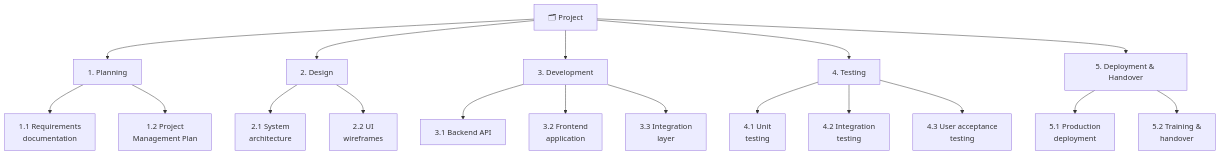
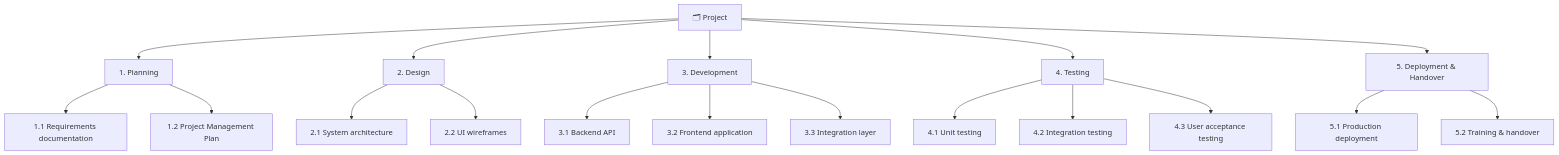
The second of 5 diagrams in modules/04-planning.md (UncleJS/course_projectManagement), drawn with Mermaid before and after one commit. The commit also changed other lines of this file and 16 other files, not shown here.

Commit message:
Fix Mermaid rendering: remove literal \n from all diagram labels; quote unquoted & in flowchart nodes

````diff
--- a/modules/04-planning.md
+++ b/modules/04-planning.md
@@ -111,27 +111,27 @@
 ```mermaid
 flowchart TD
     P["🗂 Project"]
     P1["1. Planning"]
     P2["2. Design"]
     P3["3. Development"]
     P4["4. Testing"]
     P5["5. Deployment & Handover"]
-    P11["1.1 Requirements\ndocumentation"]
-    P12["1.2 Project\nManagement Plan"]
-    P21["2.1 System\narchitecture"]
-    P22["2.2 UI\nwireframes"]
+    P11["1.1 Requirements documentation"]
+    P12["1.2 Project Management Plan"]
+    P21["2.1 System architecture"]
+    P22["2.2 UI wireframes"]
     P31["3.1 Backend API"]
-    P32["3.2 Frontend\napplication"]
-    P33["3.3 Integration\nlayer"]
-    P41["4.1 Unit\ntesting"]
-    P42["4.2 Integration\ntesting"]
-    P43["4.3 User acceptance\ntesting"]
-    P51["5.1 Production\ndeployment"]
-    P52["5.2 Training &\nhandover"]
+    P32["3.2 Frontend application"]
+    P33["3.3 Integration layer"]
+    P41["4.1 Unit testing"]
+    P42["4.2 Integration testing"]
+    P43["4.3 User acceptance testing"]
+    P51["5.1 Production deployment"]
+    P52["5.2 Training & handover"]
     P --> P1 & P2 & P3 & P4 & P5
     P1 --> P11 & P12
     P2 --> P21 & P22
     P3 --> P31 & P32 & P33
     P4 --> P41 & P42 & P43
     P5 --> P51 & P52
 ```
````
